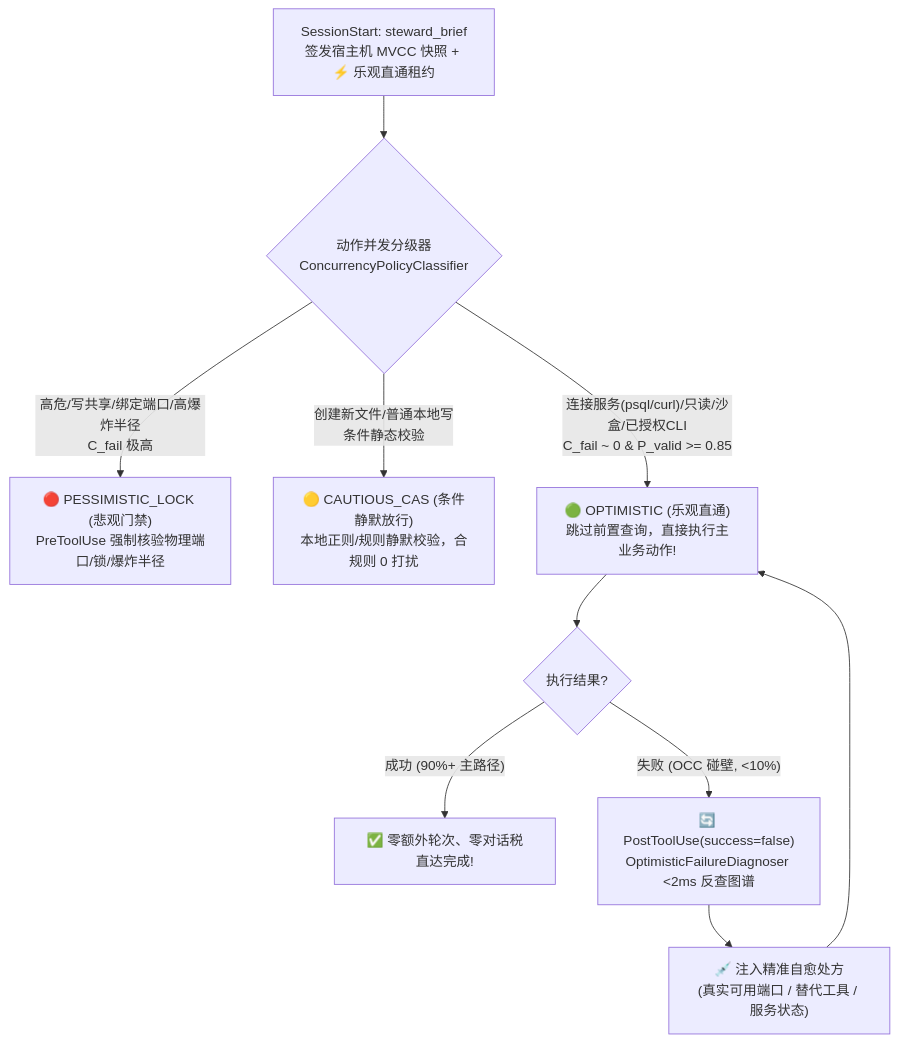
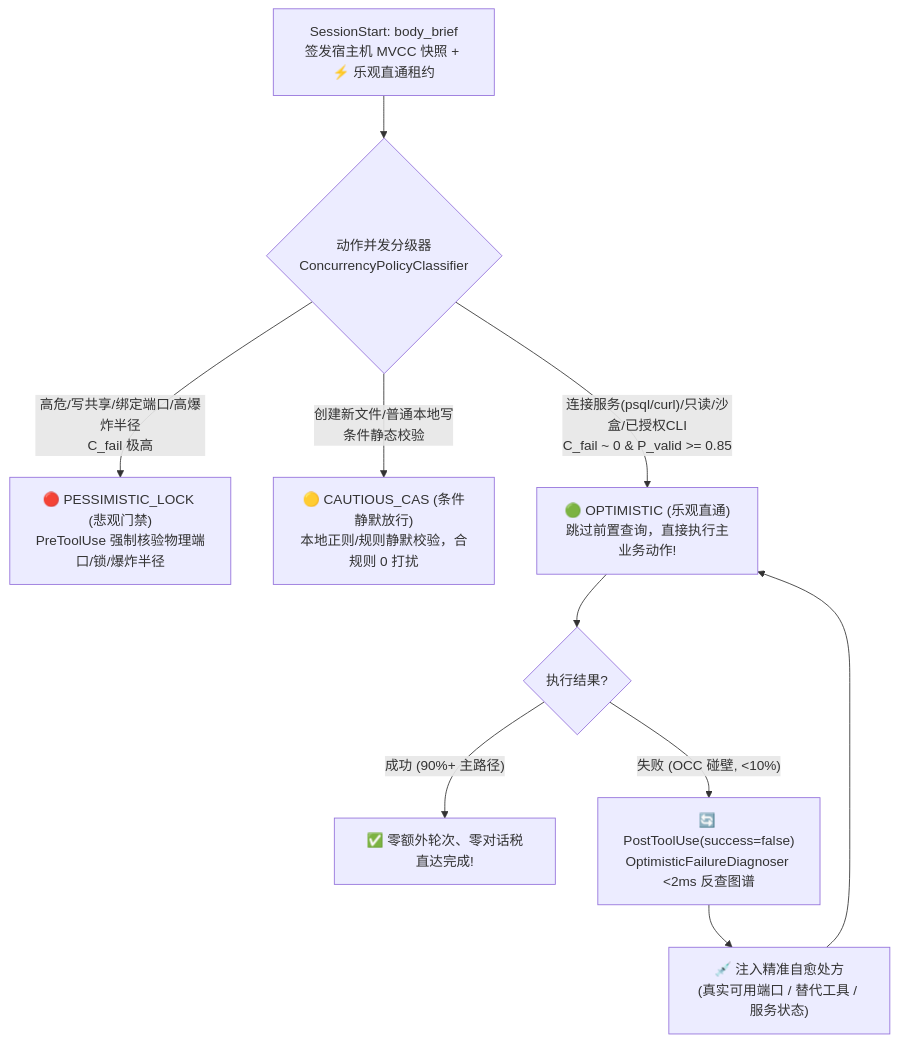
The diagram in docs/design_doc/15-adaptive-optimistic-pessimistic-concurrency-spec.md (digoal/agent-body), drawn with Mermaid before and after one commit. The commit also changed other lines of this file and 214 other files, not shown here.

````diff
--- a/docs/design_doc/15-adaptive-optimistic-pessimistic-concurrency-spec.md
+++ b/docs/design_doc/15-adaptive-optimistic-pessimistic-concurrency-spec.md
@@ -44,12 +44,12 @@
 ```mermaid
 flowchart TD
-    S["SessionStart: steward_brief<br/>签发宿主机 MVCC 快照 + ⚡ 乐观直通租约"] --> C{"动作并发分级器<br/>ConcurrencyPolicyClassifier"}
+    S["SessionStart: body_brief<br/>签发宿主机 MVCC 快照 + ⚡ 乐观直通租约"] --> C{"动作并发分级器<br/>ConcurrencyPolicyClassifier"}
     C -->|"高危/写共享/绑定端口/高爆炸半径<br/>C_fail 极高"| PCC["🔴 PESSIMISTIC_LOCK (悲观门禁)<br/>PreToolUse 强制核验物理端口/锁/爆炸半径"]
     C -->|"创建新文件/普通本地写<br/>条件静态校验"| CAS["🟡 CAUTIOUS_CAS (条件静默放行)<br/>本地正则/规则静默校验，合规则 0 打扰"]
     C -->|"连接服务(psql/curl)/只读/沙盒/已授权CLI<br/>C_fail ~ 0 & P_valid >= 0.85"| OCC["🟢 OPTIMISTIC (乐观直通)<br/>跳过前置查询，直接执行主业务动作!"]
     OCC --> R{"执行结果?"}
     R -->|"成功 (90%+ 主路径)"| DONE["✅ 零额外轮次、零对话税直达完成!"]
     R -->|"失败 (OCC 碰壁, <10%)"| POST["🔄 PostToolUse(success=false)<br/>OptimisticFailureDiagnoser <2ms 反查图谱"]
     POST --> RX["💉 注入精准自愈处方<br/>(真实可用端口 / 替代工具 / 服务状态)"]
     RX --> OCC
 ```
````
